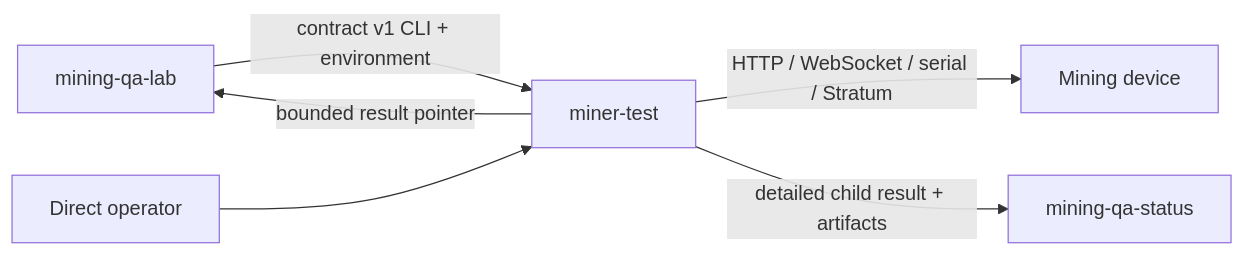
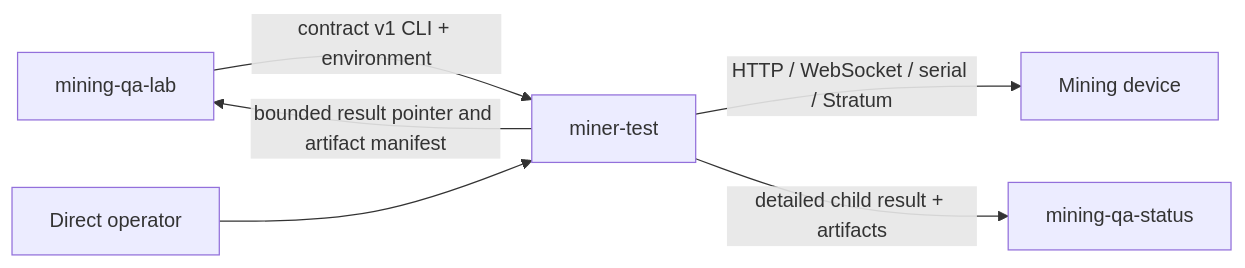
One commit to johnny9/mining-qa-testcode changed the diagram in specs/OVERVIEW.md. Above: the diagram before and after it, drawn with Mermaid. The commit also changed other lines of this file and 13 other files, not shown here.

````diff
--- a/specs/OVERVIEW.md
+++ b/specs/OVERVIEW.md
@@ -61,8 +62,8 @@
 ```mermaid
 flowchart LR
     L["mining-qa-lab"] -->|"contract v1 CLI + environment"| T["miner-test"]
     O["Direct operator"] --> T
     T -->|"HTTP / WebSocket / serial / Stratum"| D["Mining device"]
     T -->|"detailed child result + artifacts"| Q["mining-qa-status"]
-    T -->|"bounded result pointer"| L
+    T -->|"bounded result pointer and artifact manifest"| L
 ```
````
